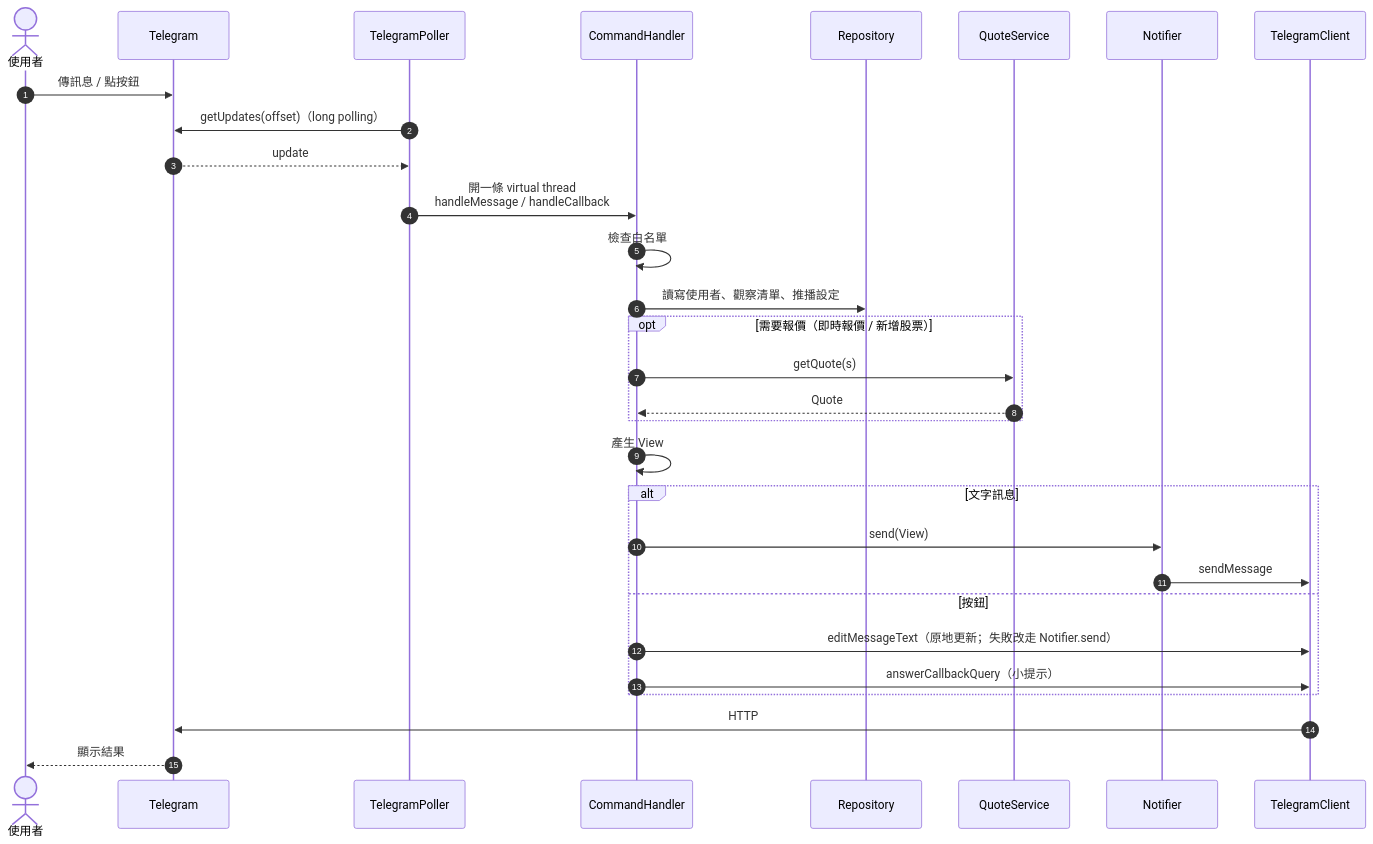
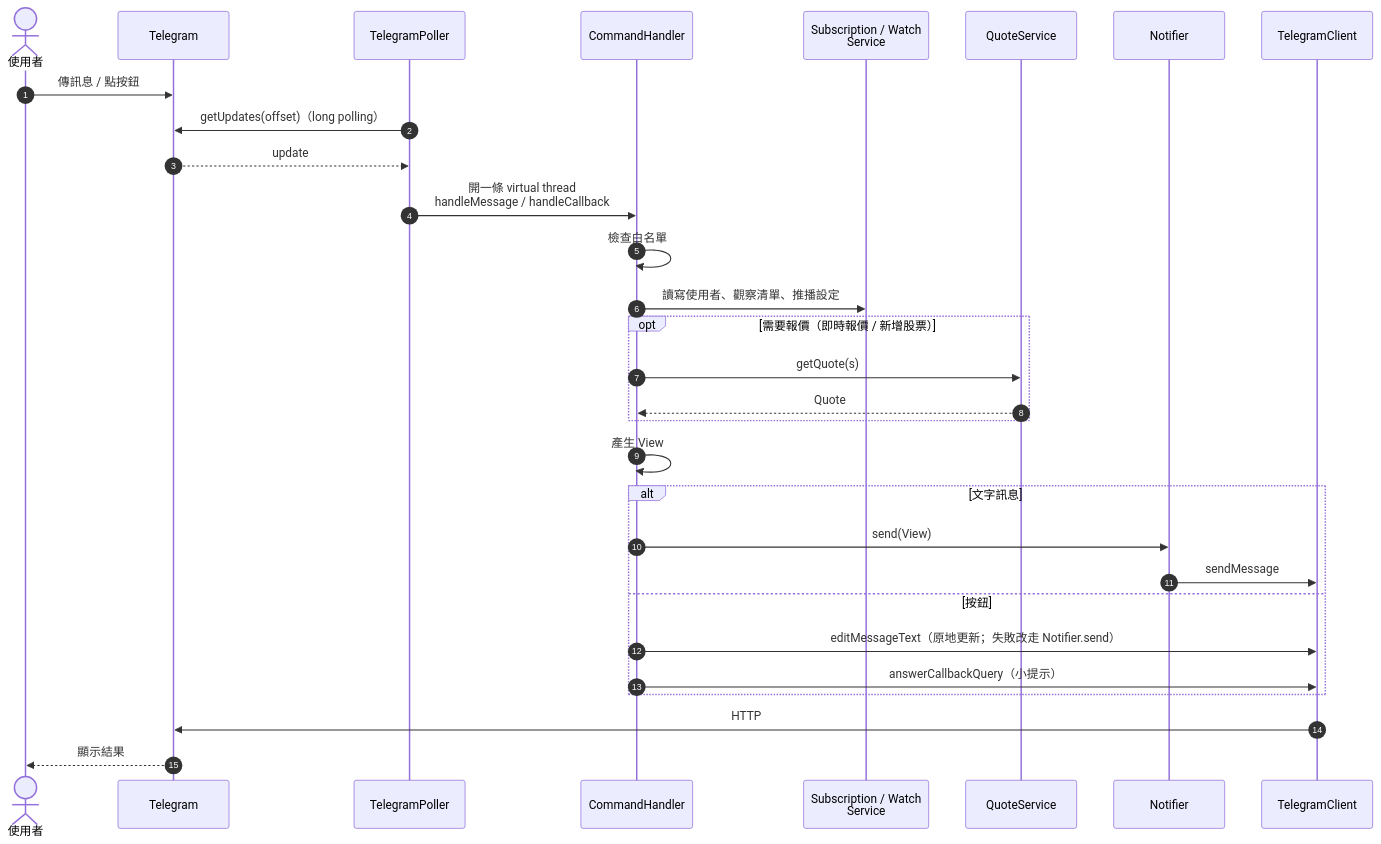
One commit to enochctcg/stock-bot-2 changed the second of 6 diagrams in docs/flow.md. Above: the diagram before and after it, drawn with Mermaid. The commit also changed other lines of this file and 78 other files, not shown here.

````diff
--- a/docs/flow.md
+++ b/docs/flow.md
@@ -82,33 +92,33 @@
 ```mermaid
 sequenceDiagram
     autonumber
     actor U as 使用者
     participant T as Telegram
     participant P as TelegramPoller
     participant H as CommandHandler
-    participant R as Repository
+    participant S as Subscription / Watch<br/>Service
     participant Q as QuoteService
     participant N as Notifier
     participant C as TelegramClient
 
     U->>T: 傳訊息 / 點按鈕
     P->>T: getUpdates(offset)（long polling）
     T-->>P: update
     P->>H: 開一條 virtual thread<br/>handleMessage / handleCallback
     H->>H: 檢查白名單
-    H->>R: 讀寫使用者、觀察清單、推播設定
+    H->>S: 讀寫使用者、觀察清單、推播設定
     opt 需要報價（即時報價 / 新增股票）
         H->>Q: getQuote(s)
         Q-->>H: Quote
     end
     H->>H: 產生 View
     alt 文字訊息
         H->>N: send(View)
         N->>C: sendMessage
     else 按鈕
         H->>C: editMessageText（原地更新；失敗改走 Notifier.send）
         H->>C: answerCallbackQuery（小提示）
     end
     C->>T: HTTP
     T-->>U: 顯示結果
 ```
````
